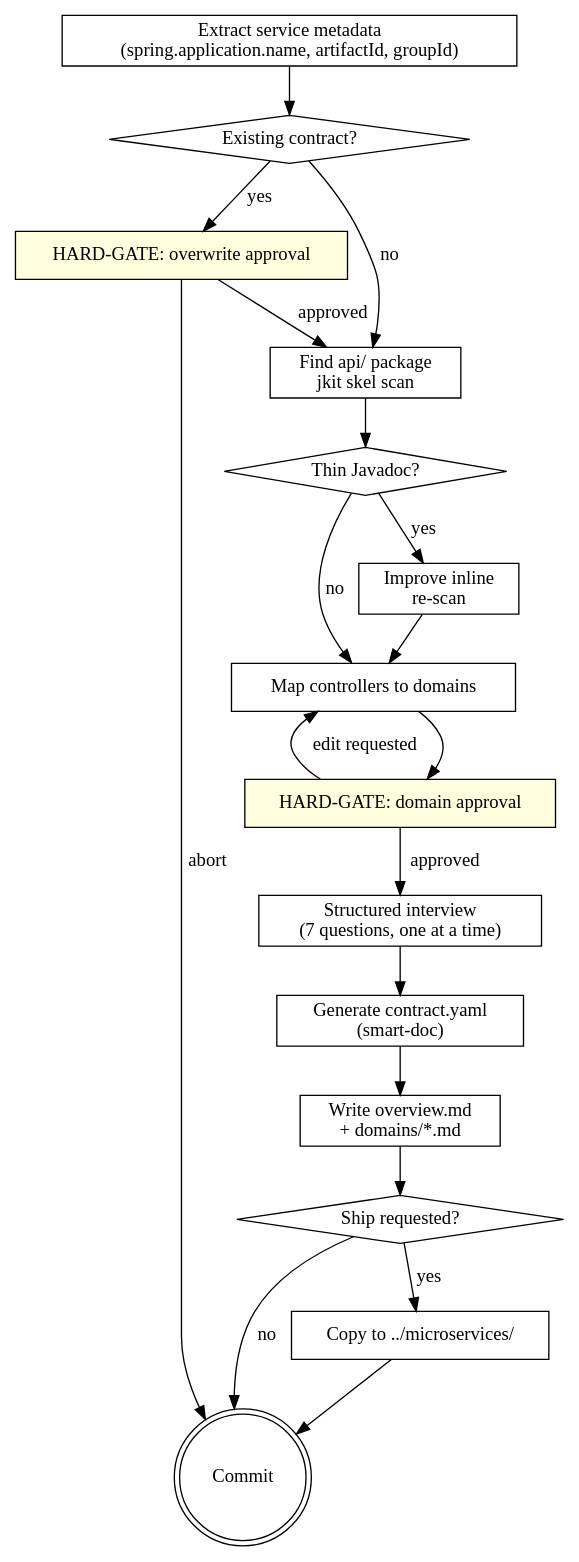
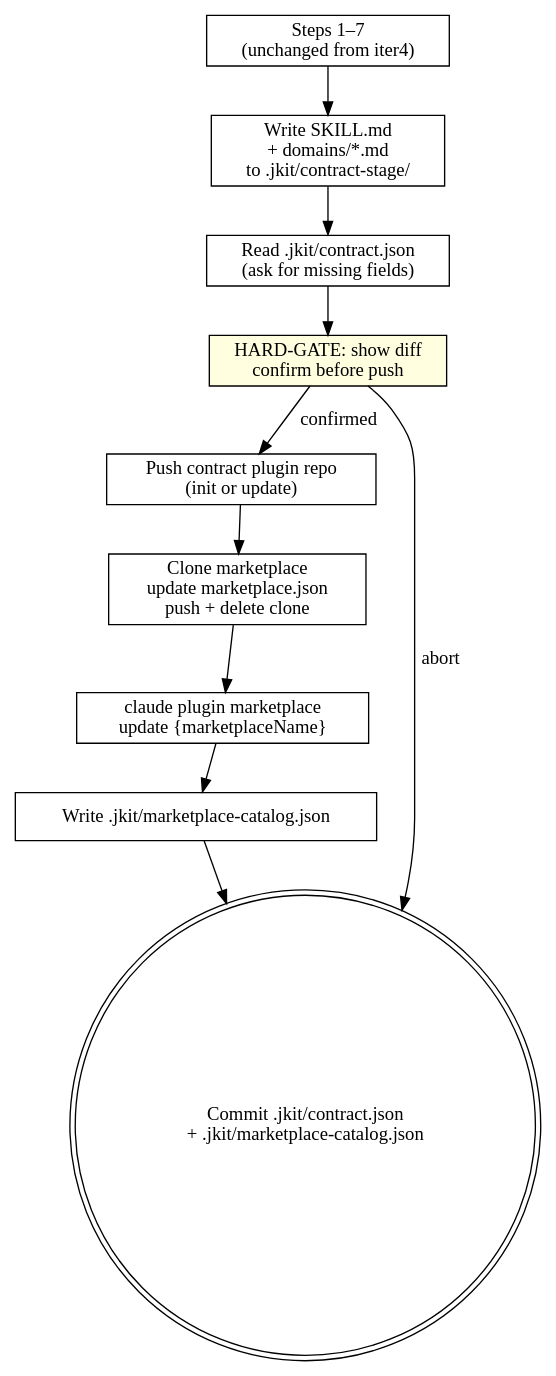
One commit to honghaowuu/jkit changed the diagram in skills/publish-contract/SKILL.md. Above: the diagram before and after it, drawn with Graphviz. The commit also changed other lines of this file and 1 other file, not shown here.

Commit message:
feat(publish-contract): add GitHub push pipeline and marketplace registration

````diff
--- a/skills/publish-contract/SKILL.md
+++ b/skills/publish-contract/SKILL.md
@@ -26,37 +36,23 @@
 ```dot
-digraph publish_contract {
-    "Extract service metadata\n(spring.application.name, artifactId, groupId)" [shape=box];
-    "Existing contract?" [shape=diamond];
-    "HARD-GATE: overwrite approval" [shape=box style=filled fillcolor=lightyellow];
-    "Find api/ package\njkit skel scan" [shape=box];
-    "Thin Javadoc?" [shape=diamond];
-    "Improve inline\nre-scan" [shape=box];
-    "Map controllers to domains" [shape=box];
-    "HARD-GATE: domain approval" [shape=box style=filled fillcolor=lightyellow];
-    "Structured interview\n(7 questions, one at a time)" [shape=box];
-    "Generate contract.yaml\n(smart-doc)" [shape=box];
-    "Write overview.md\n+ domains/*.md" [shape=box];
-    "Ship requested?" [shape=diamond];
-    "Copy to ../microservices/" [shape=box];
-    "Commit" [shape=doublecircle];
+digraph publish_contract_v2 {
+    "Steps 1–7\n(unchanged from iter4)" [shape=box];
+    "Write SKILL.md\n+ domains/*.md\nto .jkit/contract-stage/" [shape=box];
+    "Read .jkit/contract.json\n(ask for missing fields)" [shape=box];
+    "HARD-GATE: show diff\nconfirm before push" [shape=box style=filled fillcolor=lightyellow];
+    "Push contract plugin repo\n(init or update)" [shape=box];
+    "Clone marketplace\nupdate marketplace.json\npush + delete clone" [shape=box];
+    "claude plugin marketplace\nupdate {marketplaceName}" [shape=box];
+    "Write .jkit/marketplace-catalog.json" [shape=box];
+    "Commit .jkit/contract.json\n+ .jkit/marketplace-catalog.json" [shape=doublecircle];
 
-    "Extract service metadata\n(spring.application.name, artifactId, groupId)" -> "Existing contract?";
-    "Existing contract?" -> "HARD-GATE: overwrite approval" [label="yes"];
-    "Existing contract?" -> "Find api/ package\njkit skel scan" [label="no"];
-    "HARD-GATE: overwrite approval" -> "Find api/ package\njkit skel scan" [label="approved"];
-    "HARD-GATE: overwrite approval" -> "Commit" [label="abort"];
-    "Find api/ package\njkit skel scan" -> "Thin Javadoc?";
-    "Thin Javadoc?" -> "Improve inline\nre-scan" [label="yes"];
-    "Thin Javadoc?" -> "Map controllers to domains" [label="no"];
-    "Improve inline\nre-scan" -> "Map controllers to domains";
-    "Map controllers to domains" -> "HARD-GATE: domain approval";
-    "HARD-GATE: domain approval" -> "Structured interview\n(7 questions, one at a time)" [label="approved"];
-    "HARD-GATE: domain approval" -> "Map controllers to domains" [label="edit requested"];
-    "Structured interview\n(7 questions, one at a time)" -> "Generate contract.yaml\n(smart-doc)";
-    "Generate contract.yaml\n(smart-doc)" -> "Write overview.md\n+ domains/*.md";
-    "Write overview.md\n+ domains/*.md" -> "Ship requested?";
-    "Ship requested?" -> "Copy to ../microservices/" [label="yes"];
-    "Ship requested?" -> "Commit" [label="no"];
-    "Copy to ../microservices/" -> "Commit";
+    "Steps 1–7\n(unchanged from iter4)" -> "Write SKILL.md\n+ domains/*.md\nto .jkit/contract-stage/";
+    "Write SKILL.md\n+ domains/*.md\nto .jkit/contract-stage/" -> "Read .jkit/contract.json\n(ask for missing fields)";
+    "Read .jkit/contract.json\n(ask for missing fields)" -> "HARD-GATE: show diff\nconfirm before push";
+    "HARD-GATE: show diff\nconfirm before push" -> "Push contract plugin repo\n(init or update)" [label="confirmed"];
+    "HARD-GATE: show diff\nconfirm before push" -> "Commit .jkit/contract.json\n+ .jkit/marketplace-catalog.json" [label="abort"];
+    "Push contract plugin repo\n(init or update)" -> "Clone marketplace\nupdate marketplace.json\npush + delete clone";
+    "Clone marketplace\nupdate marketplace.json\npush + delete clone" -> "claude plugin marketplace\nupdate {marketplaceName}";
+    "claude plugin marketplace\nupdate {marketplaceName}" -> "Write .jkit/marketplace-catalog.json";
+    "Write .jkit/marketplace-catalog.json" -> "Commit .jkit/contract.json\n+ .jkit/marketplace-catalog.json";
 }
 ```
````
